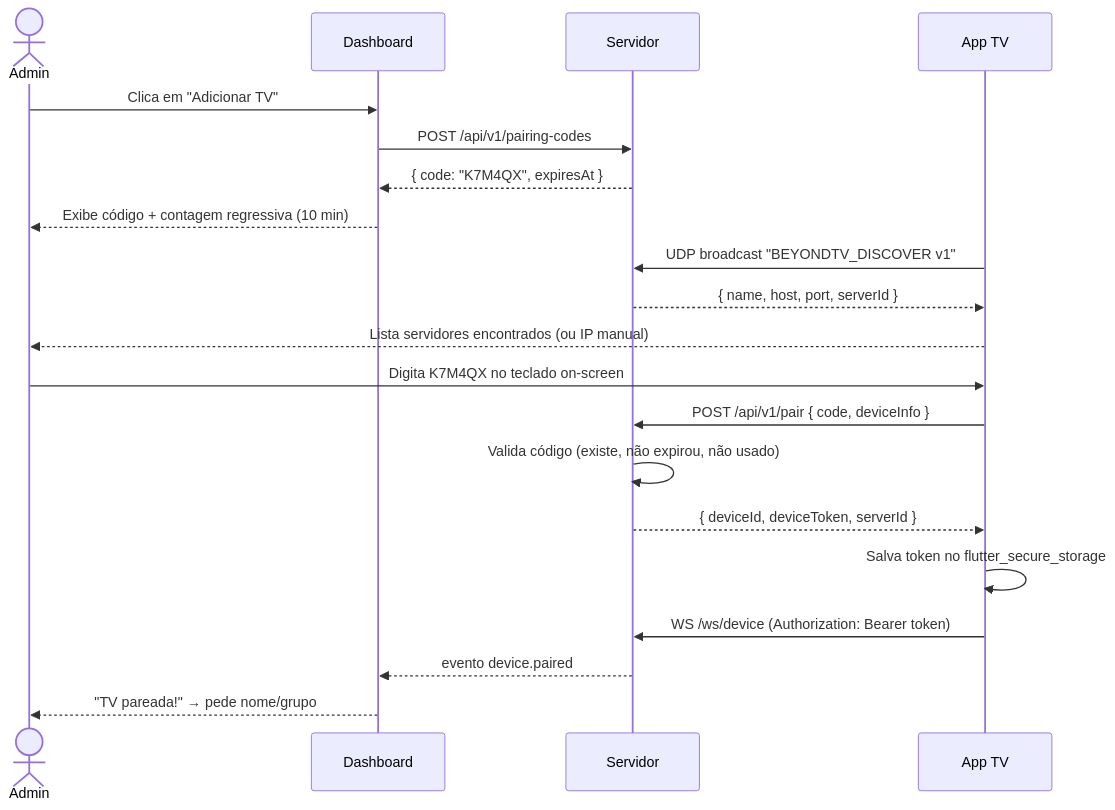
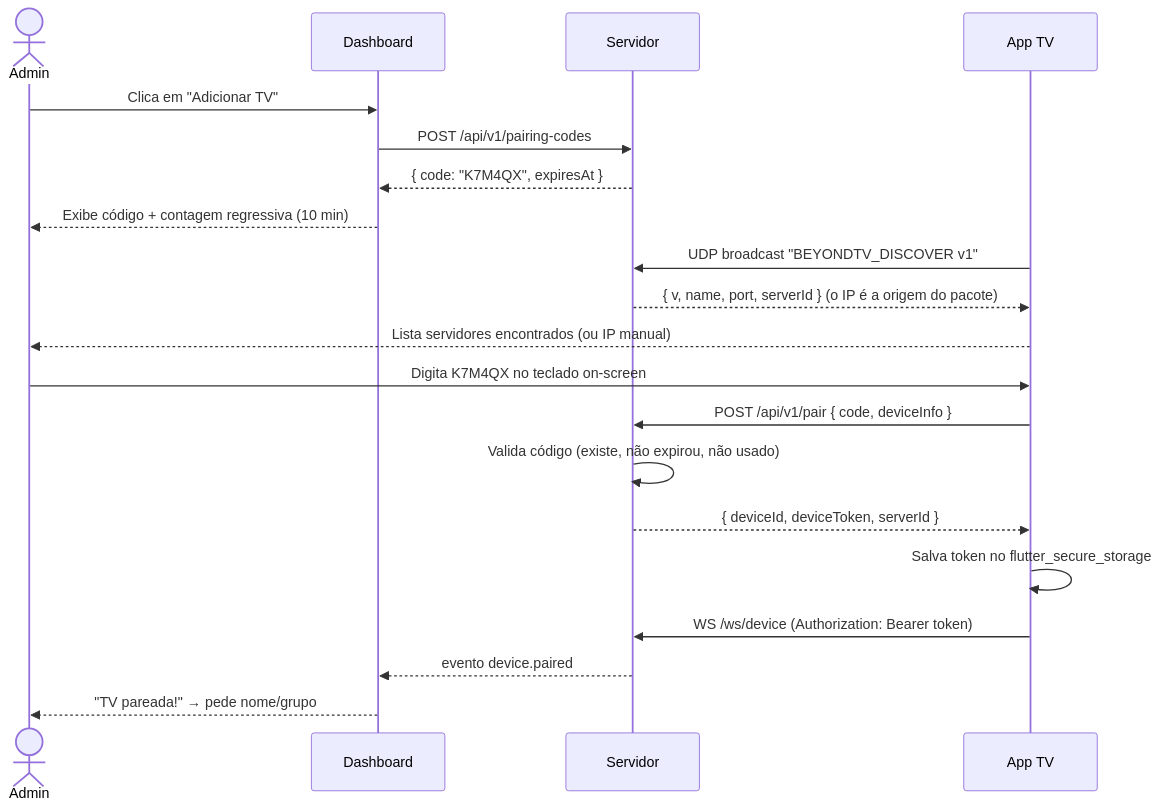
The second of 3 diagrams in docs/PLANO_DE_DESENVOLVIMENTO.md (Kelvin-Jesus/beyond-TV), drawn with Mermaid before and after one commit. The commit also changed 9 other files, not shown here.

````diff
--- a/docs/PLANO_DE_DESENVOLVIMENTO.md
+++ b/docs/PLANO_DE_DESENVOLVIMENTO.md
@@ -206,25 +206,25 @@
 ```mermaid
 sequenceDiagram
     actor Admin
     participant D as Dashboard
     participant S as Servidor
     participant T as App TV
 
     Admin->>D: Clica em "Adicionar TV"
     D->>S: POST /api/v1/pairing-codes
     S-->>D: { code: "K7M4QX", expiresAt }
     D-->>Admin: Exibe código + contagem regressiva (10 min)
 
     T->>S: UDP broadcast "BEYONDTV_DISCOVER v1"
-    S-->>T: { name, host, port, serverId }
+    S-->>T: { v, name, port, serverId } (o IP é a origem do pacote)
     T-->>Admin: Lista servidores encontrados (ou IP manual)
 
     Admin->>T: Digita K7M4QX no teclado on-screen
     T->>S: POST /api/v1/pair { code, deviceInfo }
     S->>S: Valida código (existe, não expirou, não usado)
     S-->>T: { deviceId, deviceToken, serverId }
     T->>T: Salva token no flutter_secure_storage
     T->>S: WS /ws/device (Authorization: Bearer token)
     S-->>D: evento device.paired
     D-->>Admin: "TV pareada!" → pede nome/grupo
 ```
````
